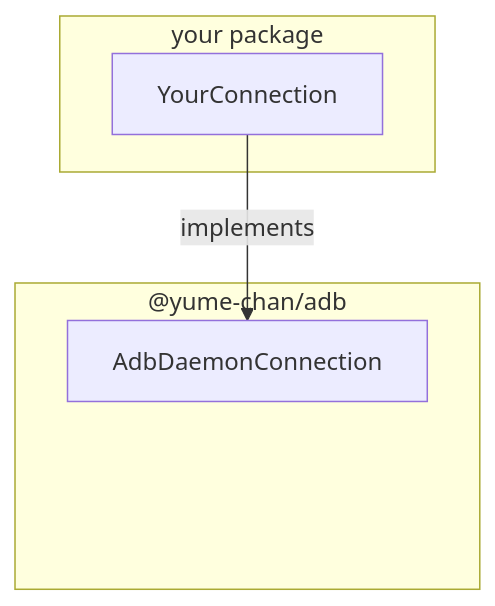
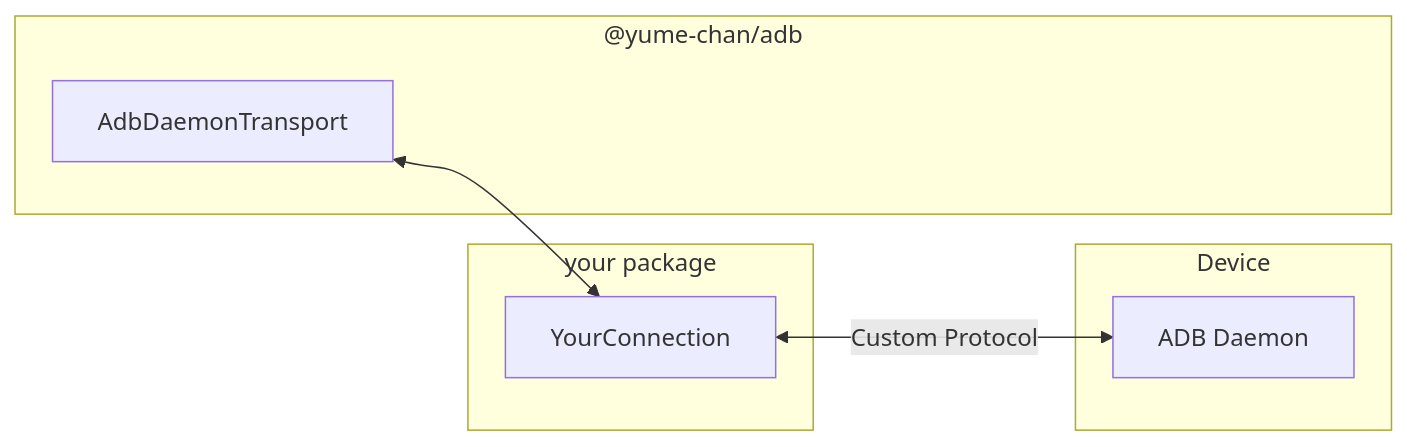
The fourth of 4 diagrams in docs/tango/daemon/index.mdx (tango-adb/docs), drawn with Mermaid before and after one commit. The commit also changed other lines of this file and 4 other files, not shown here.

Commit message:
add more graphs

````diff
--- a/docs/tango/daemon/index.mdx
+++ b/docs/tango/daemon/index.mdx
@@ -96,9 +99,12 @@
 ```mermaid
-flowchart TD
+flowchart LR
     subgraph A ["@yume-chan/adb"]
-        AdbDaemonConnection ~~~ AdbDaemonConnection
+        AdbDaemonTransport ~~~ AdbDaemonTransport
     end
     subgraph C ["your package"]
-        YourConnection -- implements --> AdbDaemonConnection
+        AdbDaemonTransport <--> YourConnection
+    end
+    subgraph D ["Device"]
+        YourConnection <-->|Custom Protocol| Daemon["ADB Daemon"]
     end
 ```
````
